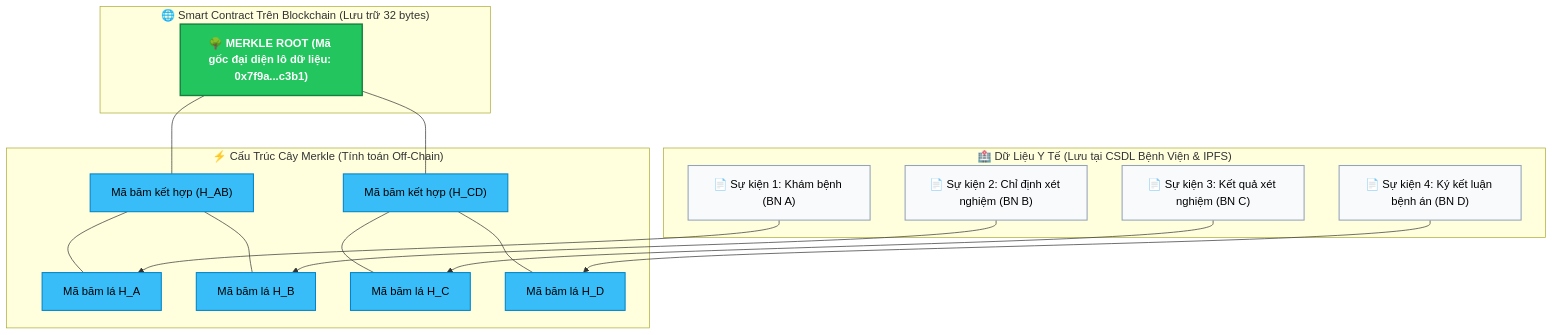
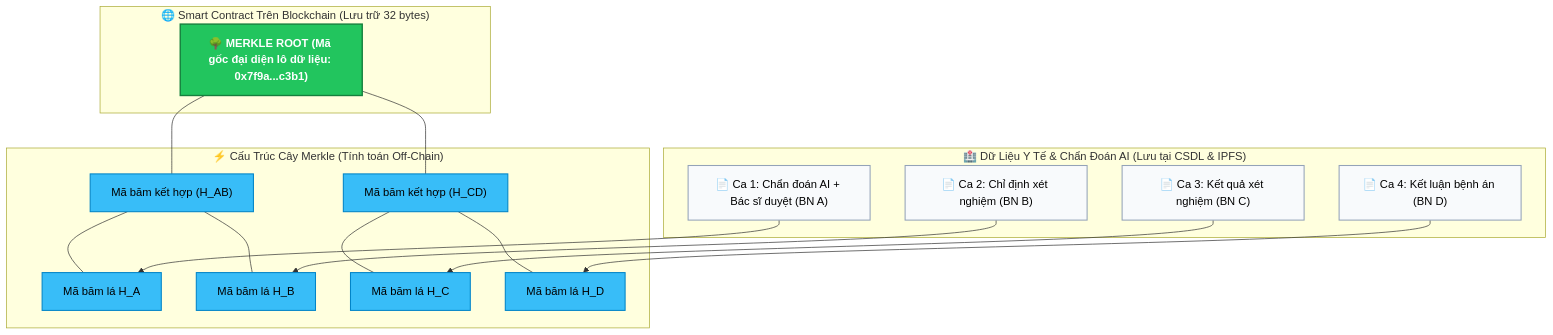
One commit to duc19092005/KLTN changed the first of 2 diagrams in README.md. Above: the diagram before and after it, drawn with Mermaid. The commit also changed other lines of this file and 1 other file, not shown here.

````diff
--- a/README.md
+++ b/README.md
@@ -56,39 +59,39 @@
 ```mermaid
 graph TD
     subgraph S["🌐 Smart Contract Trên Blockchain (Lưu trữ 32 bytes)"]
         Root["🌳 MERKLE ROOT (Mã gốc đại diện lô dữ liệu: 0x7f9a...c3b1)"]
     end
 
     subgraph M["⚡ Cấu Trúc Cây Merkle (Tính toán Off-Chain)"]
         H_AB["Mã băm kết hợp (H_AB)"]
         H_CD["Mã băm kết hợp (H_CD)"]
         
         Root --- H_AB
         Root --- H_CD
 
         H_A["Mã băm lá H_A"]
         H_B["Mã băm lá H_B"]
         H_C["Mã băm lá H_C"]
         H_D["Mã băm lá H_D"]
 
         H_AB --- H_A
         H_AB --- H_B
         H_CD --- H_C
         H_CD --- H_D
     end
 
-    subgraph D["🏥 Dữ Liệu Y Tế (Lưu tại CSDL Bệnh Viện & IPFS)"]
-        DocA["📄 Sự kiện 1: Khám bệnh (BN A)"] --> H_A
-        DocB["📄 Sự kiện 2: Chỉ định xét nghiệm (BN B)"] --> H_B
-        DocC["📄 Sự kiện 3: Kết quả xét nghiệm (BN C)"] --> H_C
-        DocD["📄 Sự kiện 4: Ký kết luận bệnh án (BN D)"] --> H_D
+    subgraph D["🏥 Dữ Liệu Y Tế & Chẩn Đoán AI (Lưu tại CSDL & IPFS)"]
+        DocA["📄 Ca 1: Chẩn đoán AI + Bác sĩ duyệt (BN A)"] --> H_A
+        DocB["📄 Ca 2: Chỉ định xét nghiệm (BN B)"] --> H_B
+        DocC["📄 Ca 3: Kết quả xét nghiệm (BN C)"] --> H_C
+        DocD["📄 Ca 4: Kết luận bệnh án (BN D)"] --> H_D
     end
 
     classDef rootStyle fill:#22c55e,stroke:#15803d,stroke-width:2px,color:#ffffff,font-weight:bold;
     classDef nodeStyle fill:#38bdf8,stroke:#0284c7,stroke-width:1.5px,color:#000000;
     classDef docStyle fill:#f8fafc,stroke:#94a3b8,stroke-width:1.5px,color:#000000;
     
     class Root rootStyle;
     class H_AB,H_CD,H_A,H_B,H_C,H_D nodeStyle;
     class DocA,DocB,DocC,DocD docStyle;
 ```
````
